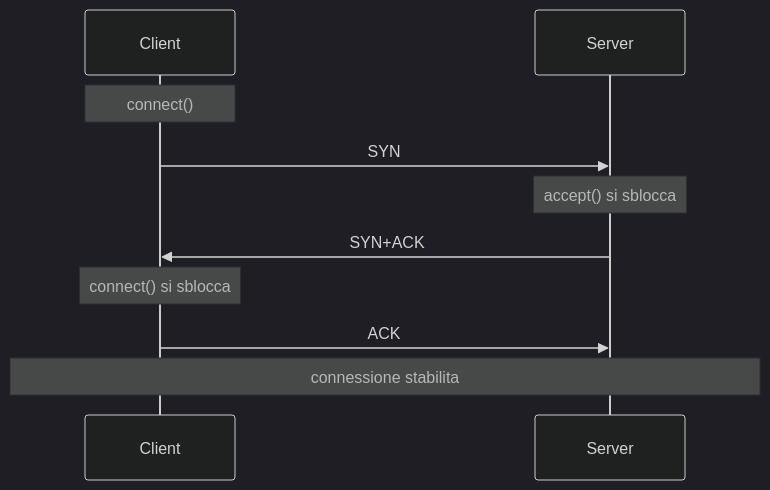
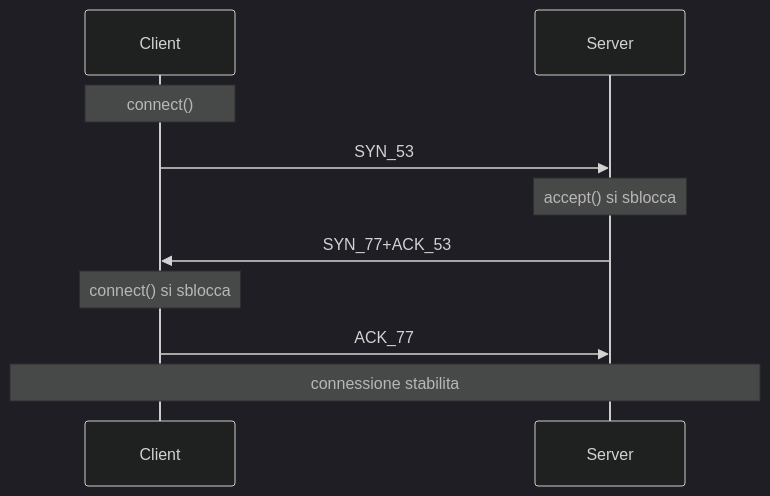
The diagram in docs/big-picture/io/1.connect e accept.md (tpsit-an/tpsit-quinta), drawn with Mermaid before and after one commit. The commit also changed other lines of this file and 6 other files, not shown here.

````diff
--- a/docs/big-picture/io/1.connect e accept.md
+++ b/docs/big-picture/io/1.connect e accept.md
@@ -22,13 +22,13 @@
 ``` mermaid
 %%{init: {'sequence': {'actorMargin': 300}, 'theme': 'dark', 'gantt': {'displayMode': 'compact'}} }%%
 sequenceDiagram
     participant C as Client
     participant S as Server
     Note over C: connect()
-    C->>S: SYN
+    C->>S: SYN_53
     Note over S: accept() si sblocca
-    S->>C: SYN+ACK
+    S->>C: SYN_77+ACK_53
     Note over C: connect() si sblocca
-    C->>S: ACK
+    C->>S: ACK_77
     Note over C,S: connessione stabilita
 ```
````
